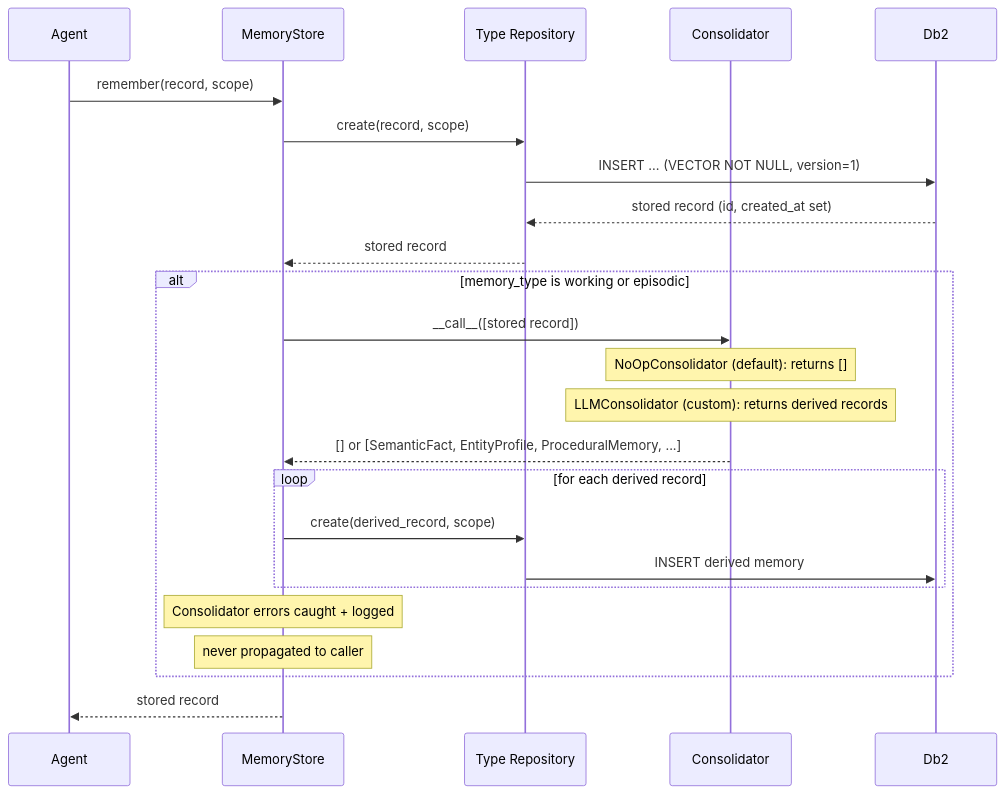
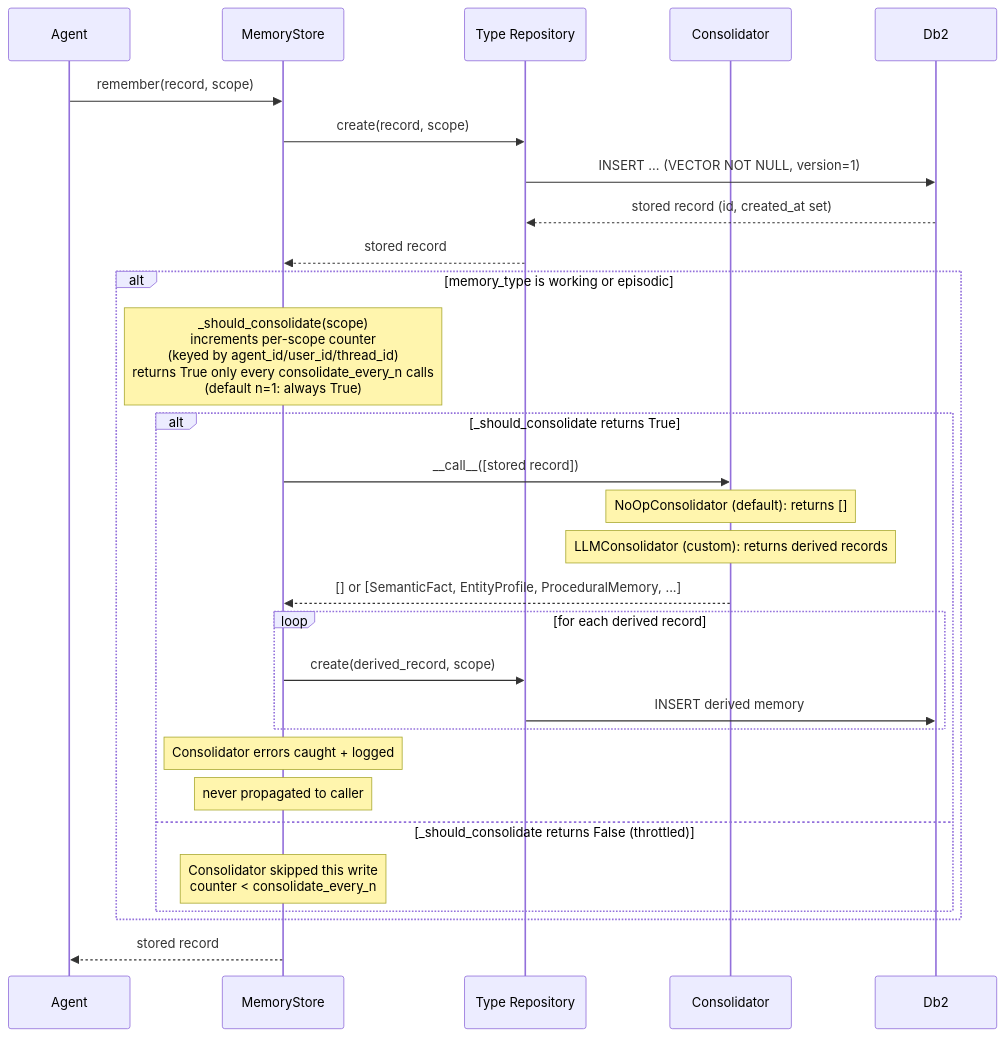
Before and after one commit to priyanshu-krishnan1/yaadien: the fourth of 5 diagrams in ARCHITECTURE.md, drawn with Mermaid. The commit also changed other lines of this file and 3 other files, not shown here.

````diff
--- a/ARCHITECTURE.md
+++ b/ARCHITECTURE.md
@@ -275,29 +278,34 @@
 ```mermaid
 sequenceDiagram
     participant Agent
     participant MemoryStore
     participant Repo as Type Repository
     participant Consolidator
     participant Db2
 
     Agent->>MemoryStore: remember(record, scope)
     MemoryStore->>Repo: create(record, scope)
     Repo->>Db2: INSERT ... (VECTOR NOT NULL, version=1)
     Db2-->>Repo: stored record (id, created_at set)
     Repo-->>MemoryStore: stored record
 
     alt memory_type is working or episodic
-        MemoryStore->>Consolidator: __call__([stored record])
-        note over Consolidator: NoOpConsolidator (default): returns []
-        note over Consolidator: LLMConsolidator (custom): returns derived records
-        Consolidator-->>MemoryStore: [] or [SemanticFact, EntityProfile, ProceduralMemory, ...]
-        loop for each derived record
-            MemoryStore->>Repo: create(derived_record, scope)
-            Repo->>Db2: INSERT derived memory
+        note over MemoryStore: _should_consolidate(scope)<br/>increments per-scope counter<br/>(keyed by agent_id/user_id/thread_id)<br/>returns True only every consolidate_every_n calls<br/>(default n=1: always True)
+        alt _should_consolidate returns True
+            MemoryStore->>Consolidator: __call__([stored record])
+            note over Consolidator: NoOpConsolidator (default): returns []
+            note over Consolidator: LLMConsolidator (custom): returns derived records
+            Consolidator-->>MemoryStore: [] or [SemanticFact, EntityProfile, ProceduralMemory, ...]
+            loop for each derived record
+                MemoryStore->>Repo: create(derived_record, scope)
+                Repo->>Db2: INSERT derived memory
+            end
+            note over MemoryStore: Consolidator errors caught + logged
+            note over MemoryStore: never propagated to caller
+        else _should_consolidate returns False (throttled)
+            note over MemoryStore: Consolidator skipped this write<br/>counter < consolidate_every_n
         end
-        note over MemoryStore: Consolidator errors caught + logged
-        note over MemoryStore: never propagated to caller
     end
 
     MemoryStore-->>Agent: stored record
 ```
````
